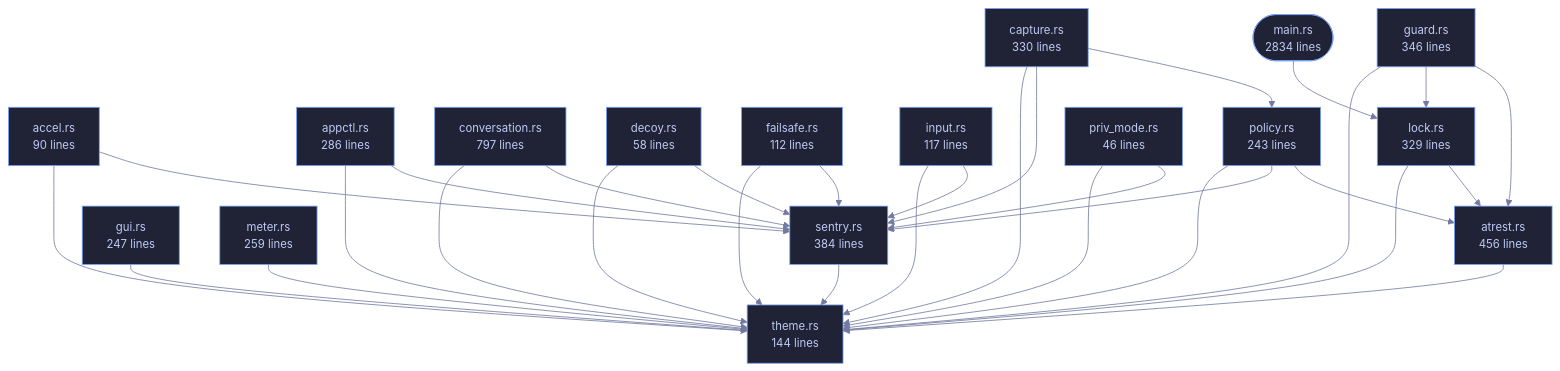
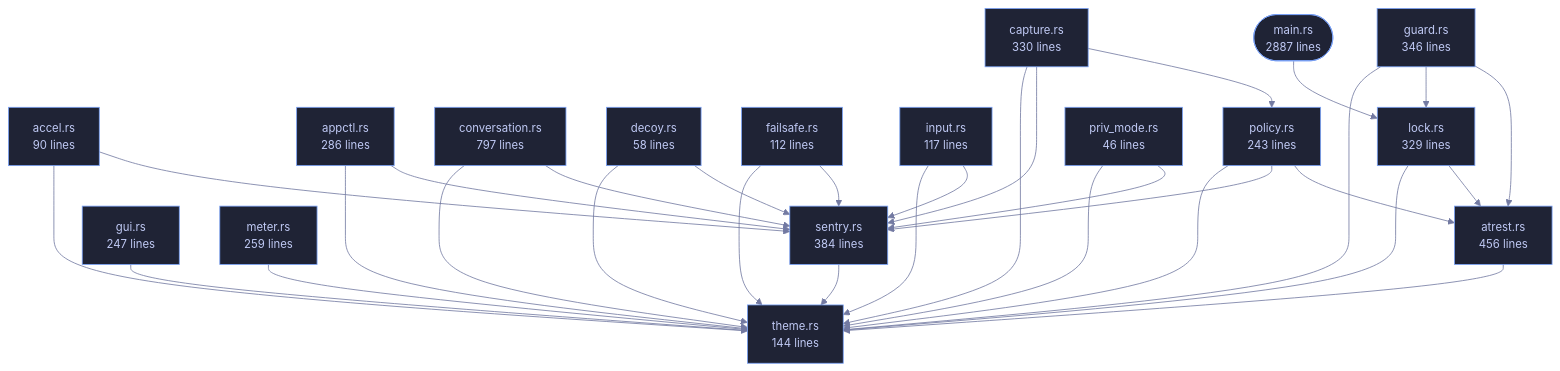
Before and after one commit to tilas01/veilvoice: the diagram in wiki/Crate-veilvoice-cli.md, drawn with Mermaid. The commit also changed other lines of this file and 118 other files, not shown here.

````diff
--- a/wiki/Crate-veilvoice-cli.md
+++ b/wiki/Crate-veilvoice-cli.md
@@ -97,68 +97,68 @@
 ```mermaid
 %%{init: {"theme":"base","themeVariables":{"background":"#1a1b26","primaryColor":"#1f2335","primaryTextColor":"#c0caf5","primaryBorderColor":"#7aa2f7","secondaryColor":"#16161e","tertiaryColor":"#16161e","lineColor":"#737aa2","textColor":"#c0caf5","mainBkg":"#1f2335","nodeBorder":"#7aa2f7","clusterBkg":"#16161e","clusterBorder":"#2f3549","fontFamily":"ui-monospace, SFMono-Regular, Consolas, monospace","fontSize":"14px"}}}%%
 flowchart TD
-    n_main(["main.rs<br/>2834 lines"])
+    n_main(["main.rs<br/>2887 lines"])
     n_accel["accel.rs<br/>90 lines"]
     n_appctl["appctl.rs<br/>286 lines"]
     n_atrest["atrest.rs<br/>456 lines"]
     n_capture["capture.rs<br/>330 lines"]
     n_conversation["conversation.rs<br/>797 lines"]
     n_decoy["decoy.rs<br/>58 lines"]
     n_failsafe["failsafe.rs<br/>112 lines"]
     n_guard["guard.rs<br/>346 lines"]
     n_gui["gui.rs<br/>247 lines"]
     n_input["input.rs<br/>117 lines"]
     n_lock["lock.rs<br/>329 lines"]
     n_meter["meter.rs<br/>259 lines"]
     n_policy["policy.rs<br/>243 lines"]
     n_priv_mode["priv_mode.rs<br/>46 lines"]
     n_sentry["sentry.rs<br/>384 lines"]
     n_theme["theme.rs<br/>144 lines"]
     n_accel --> n_sentry
     n_accel --> n_theme
     n_appctl --> n_sentry
     n_appctl --> n_theme
     n_atrest --> n_theme
     n_capture --> n_policy
     n_capture --> n_sentry
     n_capture --> n_theme
     n_conversation --> n_sentry
     n_conversation --> n_theme
     n_decoy --> n_sentry
     n_decoy --> n_theme
     n_failsafe --> n_sentry
     n_failsafe --> n_theme
     n_guard --> n_atrest
     n_guard --> n_lock
     n_guard --> n_theme
     n_gui --> n_theme
     n_input --> n_sentry
     n_input --> n_theme
     n_lock --> n_atrest
     n_lock --> n_theme
     n_main --> n_lock
     n_meter --> n_theme
     n_policy --> n_atrest
     n_policy --> n_sentry
     n_policy --> n_theme
     n_priv_mode --> n_sentry
     n_priv_mode --> n_theme
     n_sentry --> n_theme
     click n_main href "https://github.com/tilas01/veilvoice/blob/main/crates/veilvoice-cli/src/main.rs" "open the source"
     click n_accel href "https://github.com/tilas01/veilvoice/blob/main/crates/veilvoice-cli/src/accel.rs" "open the source"
     click n_appctl href "https://github.com/tilas01/veilvoice/blob/main/crates/veilvoice-cli/src/appctl.rs" "open the source"
     click n_atrest href "https://github.com/tilas01/veilvoice/blob/main/crates/veilvoice-cli/src/atrest.rs" "open the source"
     click n_capture href "https://github.com/tilas01/veilvoice/blob/main/crates/veilvoice-cli/src/capture.rs" "open the source"
     click n_conversation href "https://github.com/tilas01/veilvoice/blob/main/crates/veilvoice-cli/src/conversation.rs" "open the source"
     click n_decoy href "https://github.com/tilas01/veilvoice/blob/main/crates/veilvoice-cli/src/decoy.rs" "open the source"
     click n_failsafe href "https://github.com/tilas01/veilvoice/blob/main/crates/veilvoice-cli/src/failsafe.rs" "open the source"
     click n_guard href "https://github.com/tilas01/veilvoice/blob/main/crates/veilvoice-cli/src/guard.rs" "open the source"
     click n_gui href "https://github.com/tilas01/veilvoice/blob/main/crates/veilvoice-cli/src/gui.rs" "open the source"
     click n_input href "https://github.com/tilas01/veilvoice/blob/main/crates/veilvoice-cli/src/input.rs" "open the source"
     click n_lock href "https://github.com/tilas01/veilvoice/blob/main/crates/veilvoice-cli/src/lock.rs" "open the source"
     click n_meter href "https://github.com/tilas01/veilvoice/blob/main/crates/veilvoice-cli/src/meter.rs" "open the source"
     click n_policy href "https://github.com/tilas01/veilvoice/blob/main/crates/veilvoice-cli/src/policy.rs" "open the source"
     click n_priv_mode href "https://github.com/tilas01/veilvoice/blob/main/crates/veilvoice-cli/src/priv_mode.rs" "open the source"
     click n_sentry href "https://github.com/tilas01/veilvoice/blob/main/crates/veilvoice-cli/src/sentry.rs" "open the source"
     click n_theme href "https://github.com/tilas01/veilvoice/blob/main/crates/veilvoice-cli/src/theme.rs" "open the source"
 ```
````
